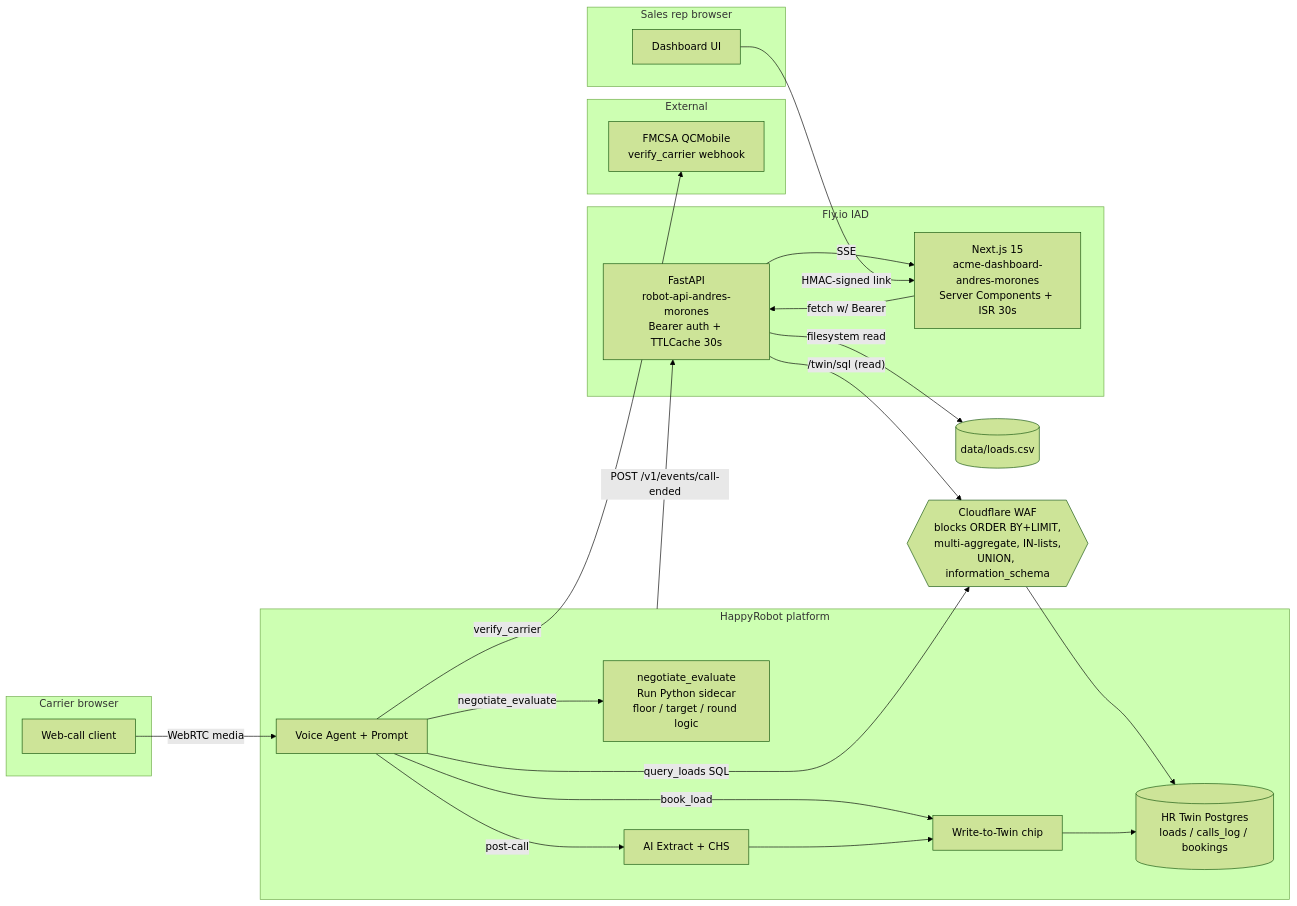
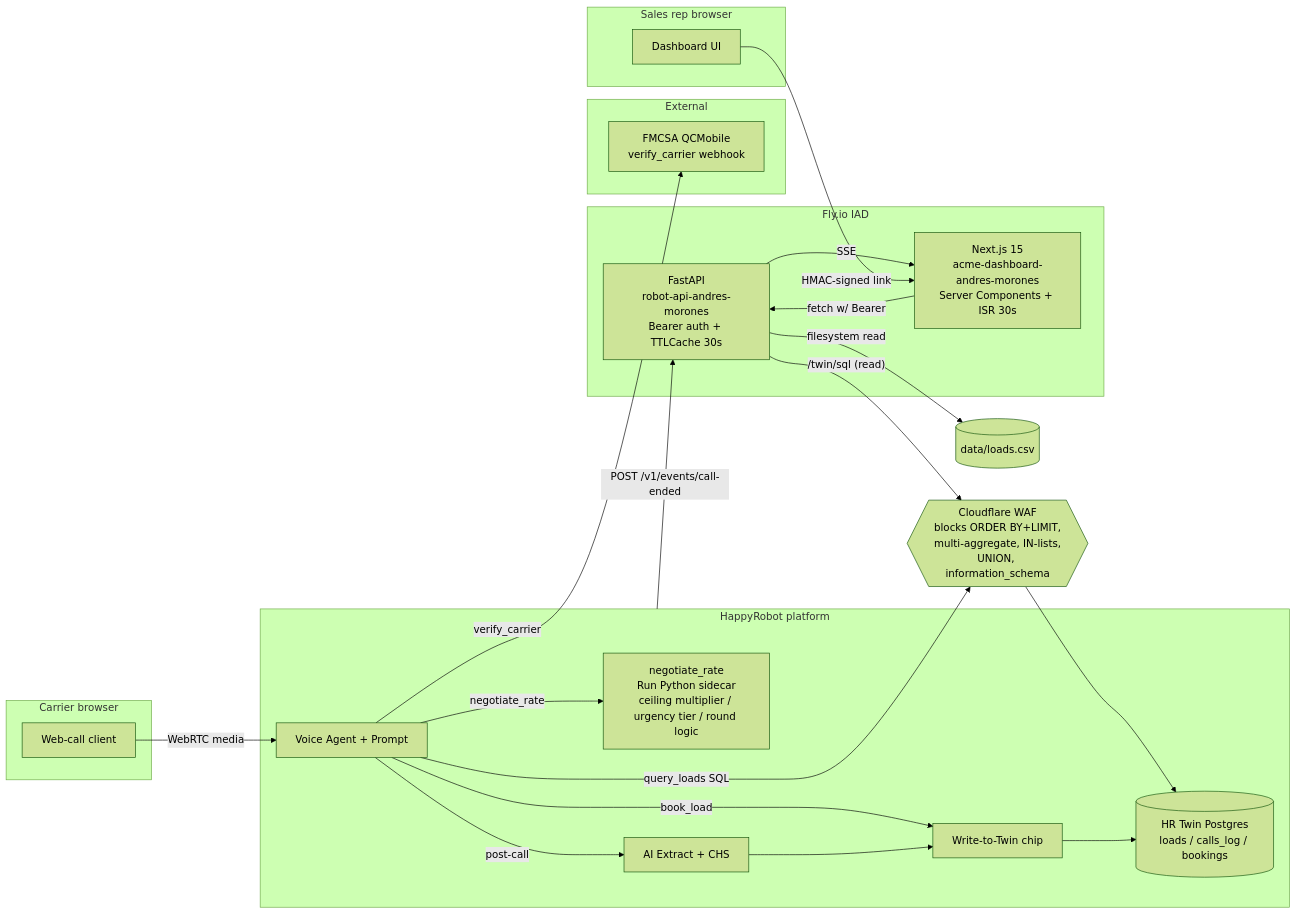
Before and after one commit to AndresMorones/AcmeLogistics: the first of 2 diagrams in ARCHITECTURE.md, drawn with Mermaid (forest theme). The commit also changed other lines of this file and 7 other files, not shown here.

First line of the commit message:
docs: update negotiation policy from floor to ceiling multiplier

````diff
--- a/ARCHITECTURE.md
+++ b/ARCHITECTURE.md
@@ -29,47 +29,47 @@
 ```mermaid
 flowchart LR
     subgraph Browser["Carrier browser"]
         CB[Web-call client]
     end
 
     subgraph HR["HappyRobot platform"]
         VA[Voice Agent + Prompt]
-        NEG[negotiate_evaluate<br/>Run Python sidecar<br/>floor / target / round logic]
+        NEG[negotiate_rate<br/>Run Python sidecar<br/>ceiling multiplier / urgency tier / round logic]
         EXTR[AI Extract + CHS]
         WT[Write-to-Twin chip]
         TWIN[(HR Twin Postgres<br/>loads / calls_log / bookings)]
     end
 
     subgraph EXT["External"]
         FMCSA[FMCSA QCMobile<br/>verify_carrier webhook]
     end
 
     subgraph Fly["Fly.io IAD"]
         API[FastAPI<br/>robot-api-andres-morones<br/>Bearer auth + TTLCache 30s]
         DASH[Next.js 15<br/>acme-dashboard-andres-morones<br/>Server Components + ISR 30s]
     end
 
     subgraph Rep["Sales rep browser"]
         RB[Dashboard UI]
     end
 
     CF{{Cloudflare WAF<br/>blocks ORDER BY+LIMIT,<br/>multi-aggregate, IN-lists,<br/>UNION, information_schema}}
 
     CB -- WebRTC media --> VA
     VA -- verify_carrier --> FMCSA
     VA -- query_loads SQL --> CF
     CF --> TWIN
-    VA -- negotiate_evaluate --> NEG
+    VA -- negotiate_rate --> NEG
     VA -- book_load --> WT
     WT --> TWIN
     EXTR --> WT
     VA -- post-call --> EXTR
 
     DASH -- "fetch w/ Bearer" --> API
     API -- "/twin/sql (read)" --> CF
     API -- "filesystem read" --> CSV[(data/loads.csv)]
     API -- SSE --> DASH
     HR -- "POST /v1/events/call-ended" --> API
 
     RB -- HMAC-signed link --> DASH
 ```
````
